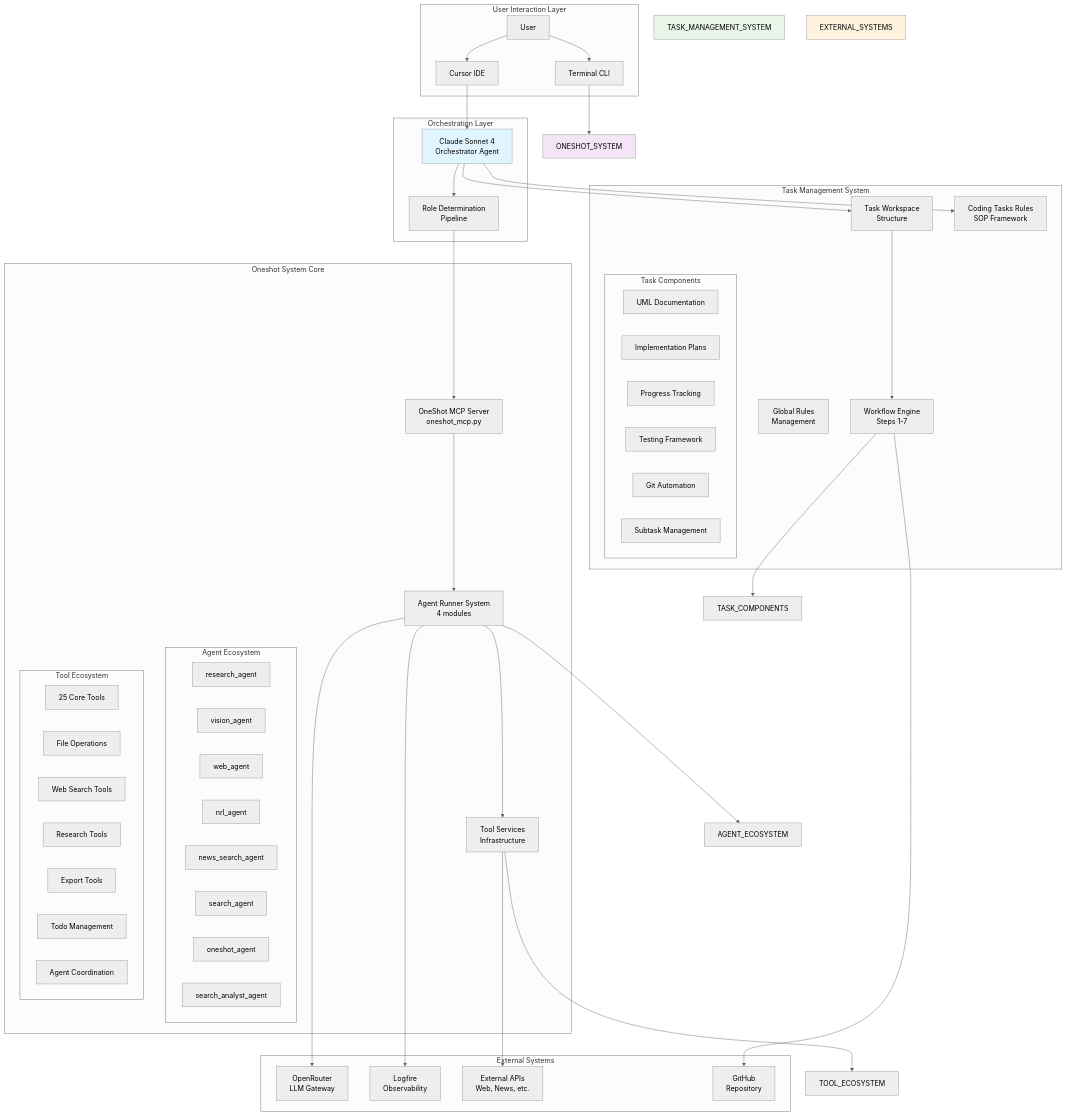
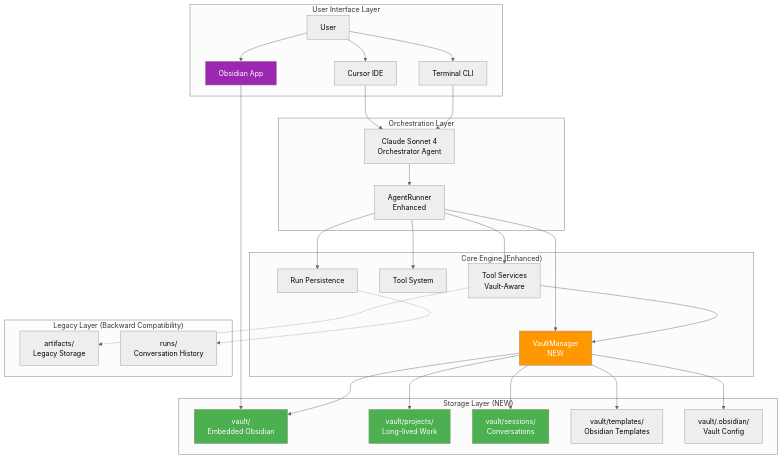
One commit to zenprotheos/agentoptimizer changed the first of 6 diagrams in tasks/2025-08-25_GlobalDocs_System_Analysis/MASTER_Architecture_UMLs_GlobalDocs_System_Analysis.md. Above: the diagram before and after it, drawn with Mermaid (neutral theme). The commit also changed other lines of this file and 19 other files, not shown here.

First line of the commit message:
[UPDATE] Revise Mermaid Rules and Documentation for Enhanced Clarity and Error Prevention

````diff
--- a/tasks/2025-08-25_GlobalDocs_System_Analysis/MASTER_Architecture_UMLs_GlobalDocs_System_Analysis.md
+++ b/tasks/2025-08-25_GlobalDocs_System_Analysis/MASTER_Architecture_UMLs_GlobalDocs_System_Analysis.md
@@ -18,91 +18,64 @@
 ```mermaid
 graph TB
-    subgraph "User Interaction Layer"
+    subgraph "User Interface Layer"
         USER[User]
         CURSOR[Cursor IDE]
+        OBSIDIAN[Obsidian App]
         CLI[Terminal CLI]
     end
     
     subgraph "Orchestration Layer"
-        CLAUDE_AGENT[Claude Sonnet 4<br/>Orchestrator Agent]
-        ROLE_DETERMINATION[Role Determination<br/>Pipeline]
+        CLAUDE[Claude Sonnet 4<br/>Orchestrator Agent]
+        AR[AgentRunner<br/>Enhanced]
     end
     
-    subgraph "Oneshot System Core"
-        MCP_SERVER[OneShot MCP Server<br/>oneshot_mcp.py]
-        AGENT_RUNNER[Agent Runner System<br/>4 modules]
-        TOOL_SERVICES[Tool Services<br/>Infrastructure]
-        
-        subgraph "Agent Ecosystem"
-            RESEARCH_AGENT[research_agent]
-            VISION_AGENT[vision_agent]
-            WEB_AGENT[web_agent]
-            NRL_AGENT[nrl_agent]
-            NEWS_AGENT[news_search_agent]
-            SEARCH_AGENT[search_agent]
-            ONESHOT_AGENT[oneshot_agent]
-            ANALYST_AGENT[search_analyst_agent]
-        end
-        
-        subgraph "Tool Ecosystem"
-            CORE_TOOLS[25 Core Tools]
-            FILE_OPS[File Operations]
-            WEB_TOOLS[Web Search Tools]
-            RESEARCH_TOOLS[Research Tools]
-            EXPORT_TOOLS[Export Tools]
-            TODO_TOOLS[Todo Management]
-            AGENT_TOOLS[Agent Coordination]
-        end
+    subgraph "Core Engine (Enhanced)"
+        VM[VaultManager<br/>NEW]
+        TSV[Tool Services<br/>Vault-Aware]
+        TS[Tool System]
+        RP[Run Persistence]
     end
     
-    subgraph "Task Management System"
-        TASK_WORKSPACE[Task Workspace<br/>Structure]
-        CODING_RULES[Coding Tasks Rules<br/>SOP Framework]
-        GLOBAL_RULES[Global Rules<br/>Management]
-        WORKFLOW_ENGINE[Workflow Engine<br/>Steps 1-7]
-        
-        subgraph "Task Components"
-            ARCHITECTURE_DOCS[UML Documentation]
-            IMPLEMENTATION_PLANS[Implementation Plans]
-            PROGRESS_TRACKING[Progress Tracking]
-            TESTING_FRAMEWORK[Testing Framework]
-            GIT_AUTOMATION[Git Automation]
-            SUBTASK_MANAGEMENT[Subtask Management]
-        end
+    subgraph "Storage Layer (NEW)"
+        VAULT["vault/<br/>Embedded Obsidian"]
+        PROJECTS["vault/projects/<br/>Long-lived Work"]
+        SESSIONS["vault/sessions/<br/>Conversations"]
+        TEMPLATES["vault/templates/<br/>Obsidian Templates"]
+        CONFIG["vault/.obsidian/<br/>Vault Config"]
     end
     
-    subgraph "External Systems"
-        OPENROUTER[OpenRouter<br/>LLM Gateway]
-        LOGFIRE[Logfire<br/>Observability]
-        EXTERNAL_APIS[External APIs<br/>Web, News, etc.]
-        GITHUB[GitHub<br/>Repository]
+    subgraph "Legacy Layer (Backward Compatibility)"
+        LEGACY_ARTS["artifacts/<br/>Legacy Storage"]
+        LEGACY_RUNS["runs/<br/>Conversation History"]
     end
     
     USER --> CURSOR
+    USER --> OBSIDIAN
     USER --> CLI
-    CURSOR --> CLAUDE_AGENT
-    CLI --> ONESHOT_SYSTEM
     
-    CLAUDE_AGENT --> ROLE_DETERMINATION
-    ROLE_DETERMINATION --> MCP_SERVER
+    CURSOR --> CLAUDE
+    CLI --> CLAUDE
+    OBSIDIAN --> VAULT
     
-    MCP_SERVER --> AGENT_RUNNER
-    AGENT_RUNNER --> TOOL_SERVICES
-    AGENT_RUNNER --> AGENT_ECOSYSTEM
-    TOOL_SERVICES --> TOOL_ECOSYSTEM
+    CLAUDE --> AR
+    AR --> VM
+    AR --> TSV
+    AR --> TS
+    AR --> RP
     
-    CLAUDE_AGENT --> TASK_WORKSPACE
-    CLAUDE_AGENT --> CODING_RULES
-    TASK_WORKSPACE --> WORKFLOW_ENGINE
-    WORKFLOW_ENGINE --> TASK_COMPONENTS
+    VM --> VAULT
+    VM --> PROJECTS
+    VM --> SESSIONS
+    VM --> TEMPLATES
+    VM --> CONFIG
     
-    AGENT_RUNNER --> OPENROUTER
-    TOOL_SERVICES --> EXTERNAL_APIS
-    AGENT_RUNNER --> LOGFIRE
-    WORKFLOW_ENGINE --> GITHUB
+    TSV --> VM
+    TSV -.-> LEGACY_ARTS
+    RP -.-> LEGACY_RUNS
     
-    style CLAUDE_AGENT fill:#e1f5fe
-    style ONESHOT_SYSTEM fill:#f3e5f5
-    style TASK_MANAGEMENT_SYSTEM fill:#e8f5e8
-    style EXTERNAL_SYSTEMS fill:#fff3e0
+    style VAULT fill:#4caf50,color:#fff
+    style PROJECTS fill:#4caf50,color:#fff
+    style SESSIONS fill:#4caf50,color:#fff
+    style VM fill:#ff9800,color:#fff
+    style OBSIDIAN fill:#9c27b0,color:#fff
 ```
````
